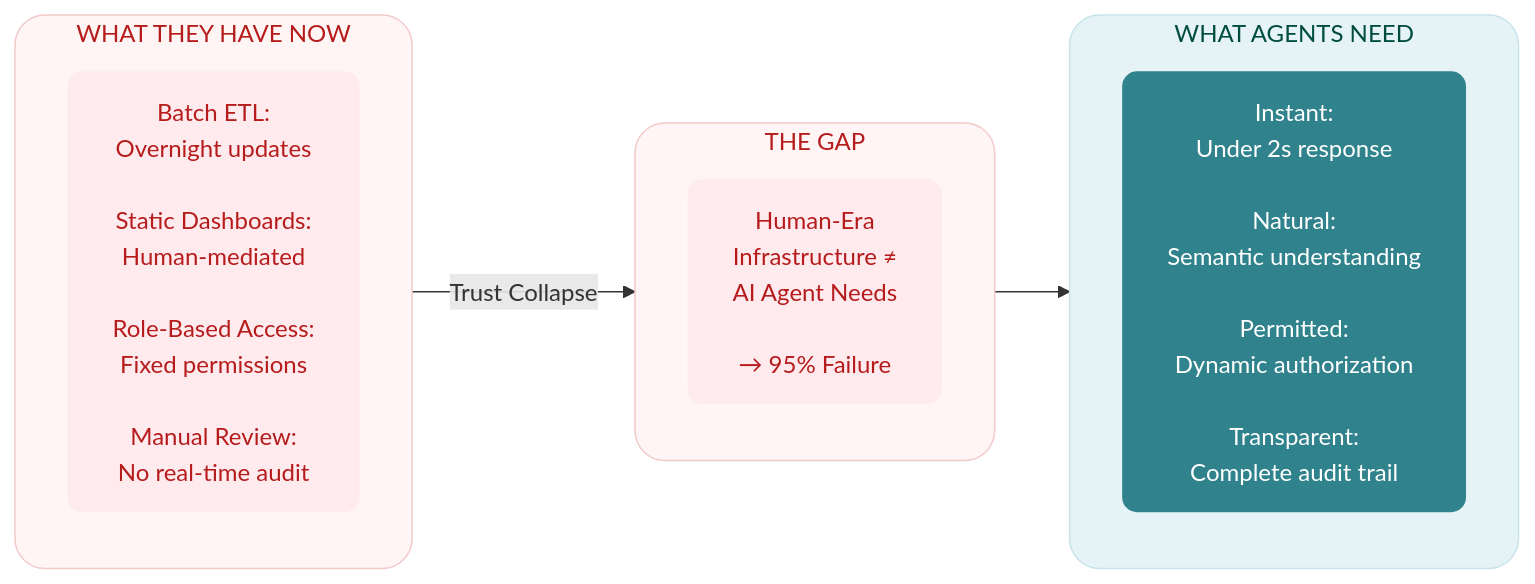
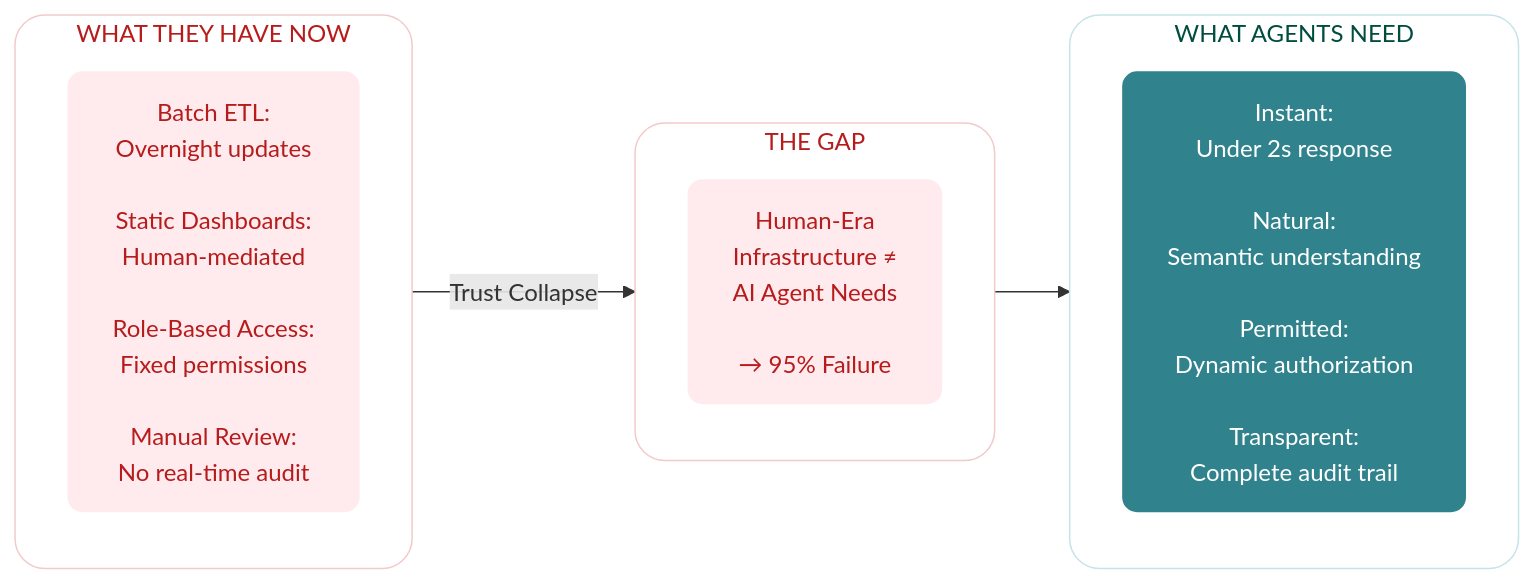
The diagram in mermaid-source/figure-1-0.mmd (saitejesh-cyber/trust-before-intelligence-book), drawn with Mermaid before and after one commit. The commit also changed 3 other files, not shown here.

Commit message:
Remove background fills from figure-1-0 and figure-2-1

```diff
--- a/mermaid-source/figure-1-0.mmd
+++ b/mermaid-source/figure-1-0.mmd
@@ -1,25 +1,25 @@
 
 graph LR
     subgraph BUILT["WHAT THEY HAVE NOW"]
         direction TB
         B1["Batch ETL:<br/>Overnight updates<br/><br/>Static Dashboards:<br/>Human-mediated<br/><br/>Role-Based Access:<br/>Fixed permissions<br/><br/>Manual Review:<br/>No real-time audit"]
     end
     
     subgraph GAP["THE GAP"]
         direction TB
         G1["Human-Era<br/>Infrastructure ≠<br/>AI Agent Needs<br/><br/>→ 95% Failure"]
     end
     
     subgraph NEED["WHAT AGENTS NEED"]
         direction TB
         N1["Instant:<br/>Under 2s response<br/><br/>Natural:<br/>Semantic understanding<br/><br/>Permitted:<br/>Dynamic authorization<br/><br/>Transparent:<br/>Complete audit trail"]
     end
     
     BUILT -->|"Trust Collapse"| GAP --> NEED
     
-    style BUILT fill:#fff5f5,stroke:#f2caca,stroke-width:1px,color:#b71c1c,rx:20,ry:20
+    style BUILT fill:none,stroke:#f2caca,stroke-width:1px,color:#b71c1c,rx:20,ry:20
     style B1 fill:#ffebee,stroke:none,color:#b71c1c,rx:10,ry:10
-    style GAP fill:#fff5f5,stroke:#f2caca,stroke-width:1px,color:#b71c1c,rx:20,ry:20
+    style GAP fill:none,stroke:#f2caca,stroke-width:1px,color:#b71c1c,rx:20,ry:20
     style G1 fill:#ffebee,stroke:none,color:#b71c1c,rx:10,ry:10
-    style NEED fill:#e6f3f6,stroke:#c7e3ea,stroke-width:1px,color:#004d40,rx:20,ry:20
+    style NEED fill:none,stroke:#c7e3ea,stroke-width:1px,color:#004d40,rx:20,ry:20
     style N1 fill:#30838C,stroke:none,color:#ffffff,rx:10,ry:10
```
